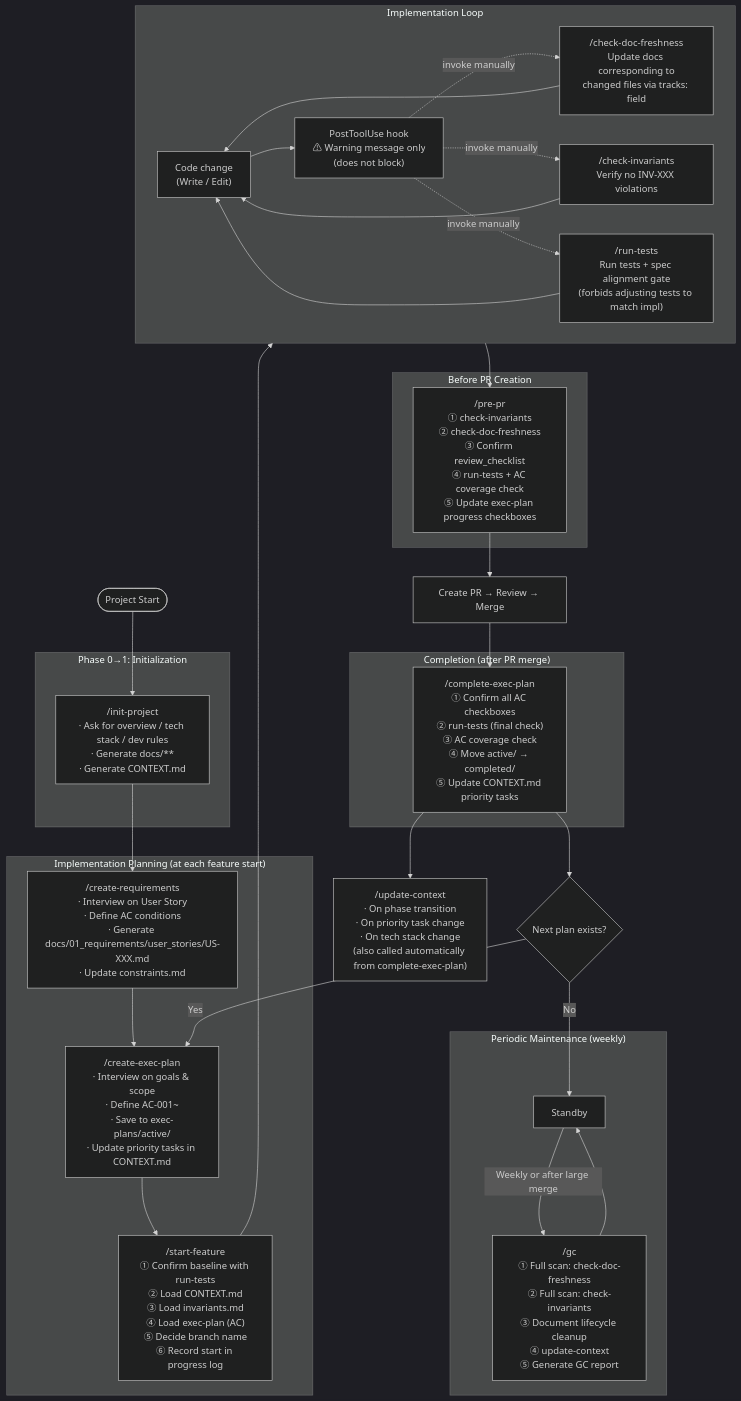
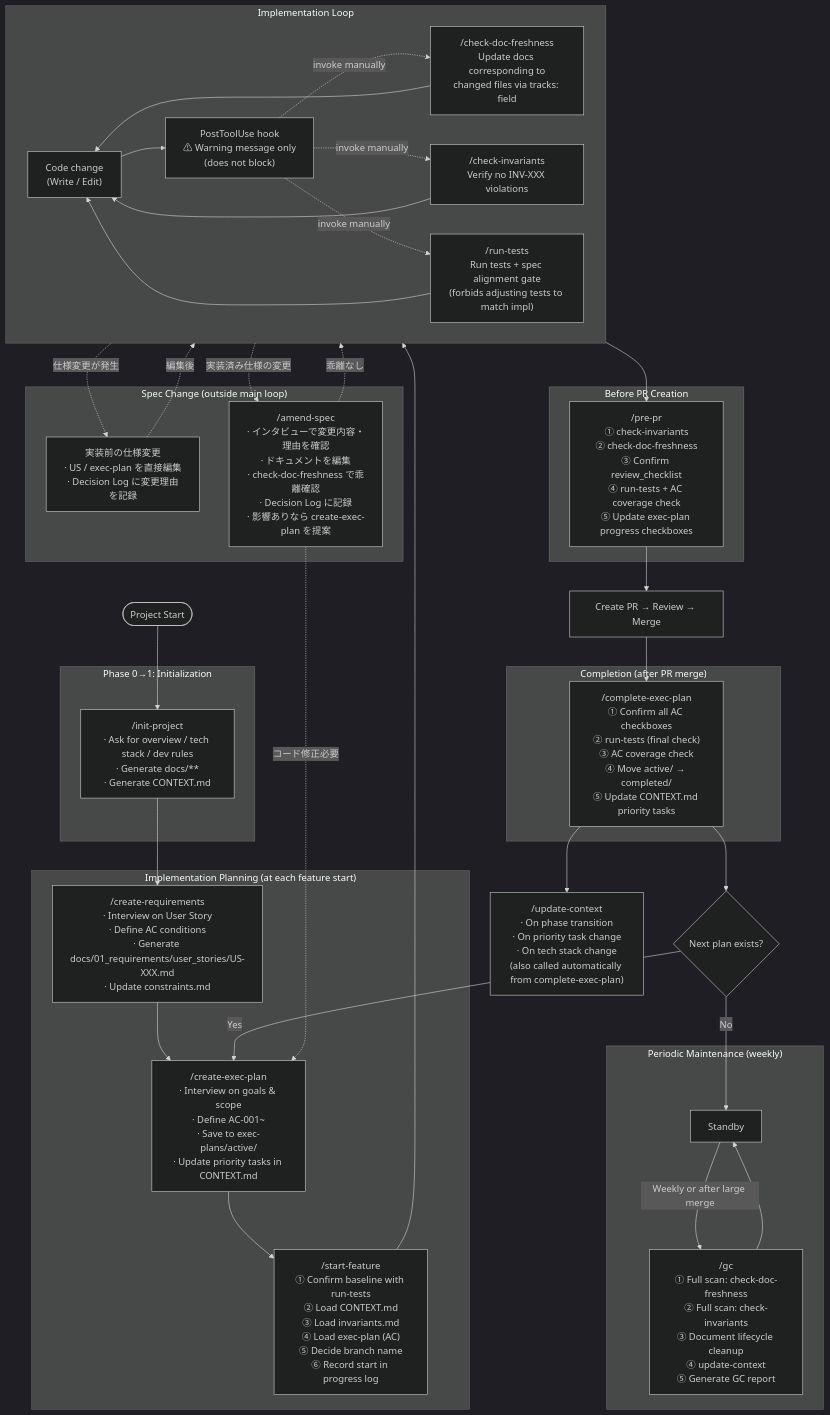
One commit to aki-senri/DocDDTemplate changed the first of 2 diagrams in SKILL_FLOW.md. Above: the diagram before and after it, drawn with Mermaid (dark theme). The commit also changed other lines of this file and 4 other files, not shown here.

````diff
--- a/SKILL_FLOW.md
+++ b/SKILL_FLOW.md
@@ -5,65 +5,76 @@
 ```mermaid
 flowchart TD
     START([Project Start]) --> INIT
 
     subgraph PHASE01["Phase 0→1: Initialization"]
         INIT["/init-project\n· Ask for overview / tech stack / dev rules\n· Generate docs/**\n· Generate CONTEXT.md"]
     end
 
     INIT --> REQ
 
     subgraph PLAN_PHASE["Implementation Planning (at each feature start)"]
         REQ["/create-requirements\n· Interview on User Story\n· Define AC conditions\n· Generate docs/01_requirements/user_stories/US-XXX.md\n· Update constraints.md"]
         REQ --> PLAN
         PLAN["/create-exec-plan\n· Interview on goals & scope\n· Define AC-001~\n· Save to exec-plans/active/\n· Update priority tasks in CONTEXT.md"]
         PLAN --> SF
         SF["/start-feature\n① Confirm baseline with run-tests\n② Load CONTEXT.md\n③ Load invariants.md\n④ Load exec-plan (AC)\n⑤ Decide branch name\n⑥ Record start in progress log"]
     end
 
     SF --> IMPL
 
     subgraph IMPL["Implementation Loop"]
         CODE["Code change\n(Write / Edit)"]
         HOOK["PostToolUse hook\n⚠ Warning message only\n(does not block)"]
         CDF["/check-doc-freshness\nUpdate docs corresponding to\nchanged files via tracks: field"]
         CI["/check-invariants\nVerify no INV-XXX violations"]
         RT["/run-tests\nRun tests + spec alignment gate\n(forbids adjusting tests to match impl)"]
 
         CODE --> HOOK
         HOOK -.->|invoke manually| CDF
         HOOK -.->|invoke manually| CI
         HOOK -.->|invoke manually| RT
         CDF --> CODE
         CI --> CODE
         RT --> CODE
     end
 
     IMPL --> PREPR
 
     subgraph PREPR_PHASE["Before PR Creation"]
         PREPR["/pre-pr\n① check-invariants\n② check-doc-freshness\n③ Confirm review_checklist\n④ run-tests + AC coverage check\n⑤ Update exec-plan progress checkboxes"]
     end
 
     PREPR --> PR
     PR["Create PR → Review → Merge"]
     PR --> COMPLETE
 
     subgraph COMPLETE_PHASE["Completion (after PR merge)"]
         COMPLETE["/complete-exec-plan\n① Confirm all AC checkboxes\n② run-tests (final check)\n③ AC coverage check\n④ Move active/ → completed/\n⑤ Update CONTEXT.md priority tasks"]
     end
 
     COMPLETE --> NEXT
     NEXT{Next plan exists?}
     NEXT -->|Yes| PLAN
     NEXT -->|No| GC_WAIT
 
     subgraph GC_PHASE["Periodic Maintenance (weekly)"]
         GC_WAIT["Standby"]
         GC["/gc\n① Full scan: check-doc-freshness\n② Full scan: check-invariants\n③ Document lifecycle cleanup\n④ update-context\n⑤ Generate GC report"]
         GC_WAIT -->|Weekly or after large merge| GC
         GC --> GC_WAIT
     end
 
     UC["/update-context\n· On phase transition\n· On priority task change\n· On tech stack change\n(also called automatically from complete-exec-plan)"]
     COMPLETE --> UC
+
+    subgraph SPEC_CHANGE["Spec Change (outside main loop)"]
+        SC_PRE["実装前の仕様変更\n· US / exec-plan を直接編集\n· Decision Log に変更理由を記録"]
+        SC_POST["/amend-spec\n· インタビューで変更内容・理由を確認\n· ドキュメントを編集\n· check-doc-freshness で乖離確認\n· Decision Log に記録\n· 影響ありなら create-exec-plan を提案"]
+    end
+
+    IMPL -.->|仕様変更が発生| SC_PRE
+    IMPL -.->|実装済み仕様の変更| SC_POST
+    SC_PRE -.->|編集後| IMPL
+    SC_POST -.->|乖離なし| IMPL
+    SC_POST -.->|コード修正必要| PLAN
 ```
````
